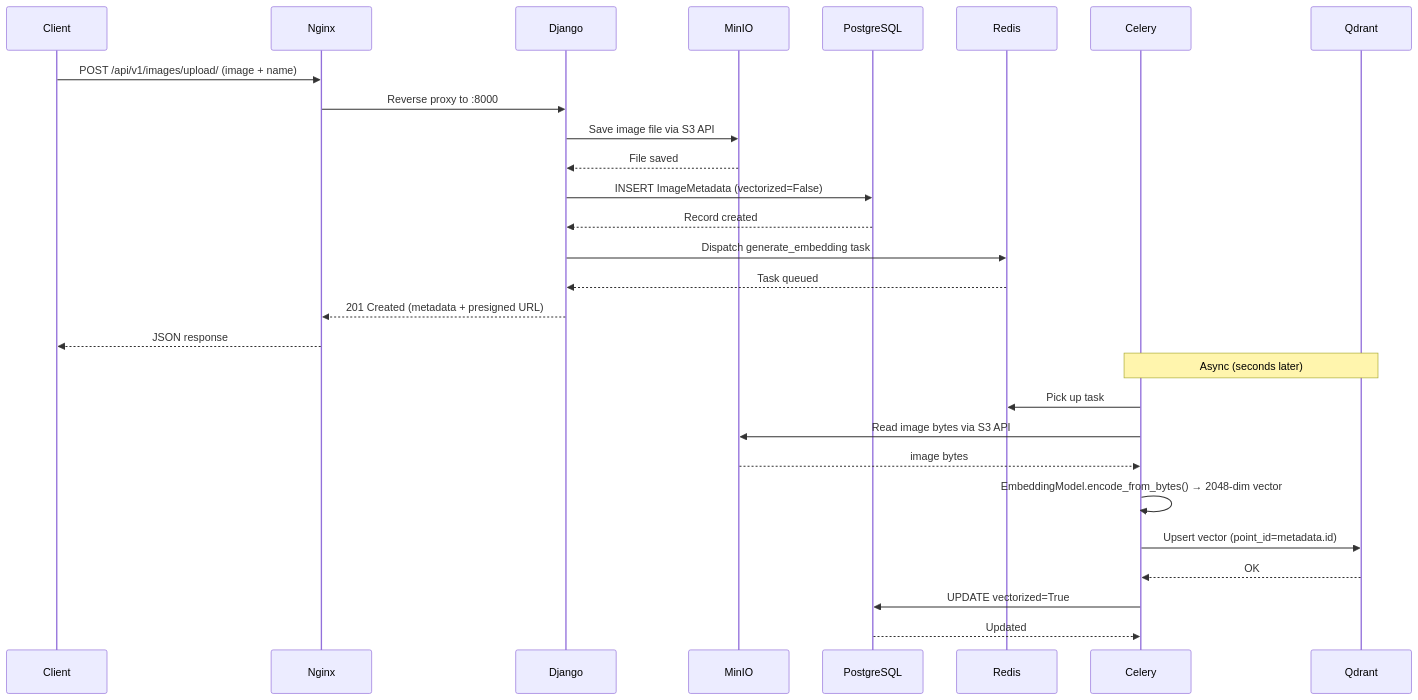
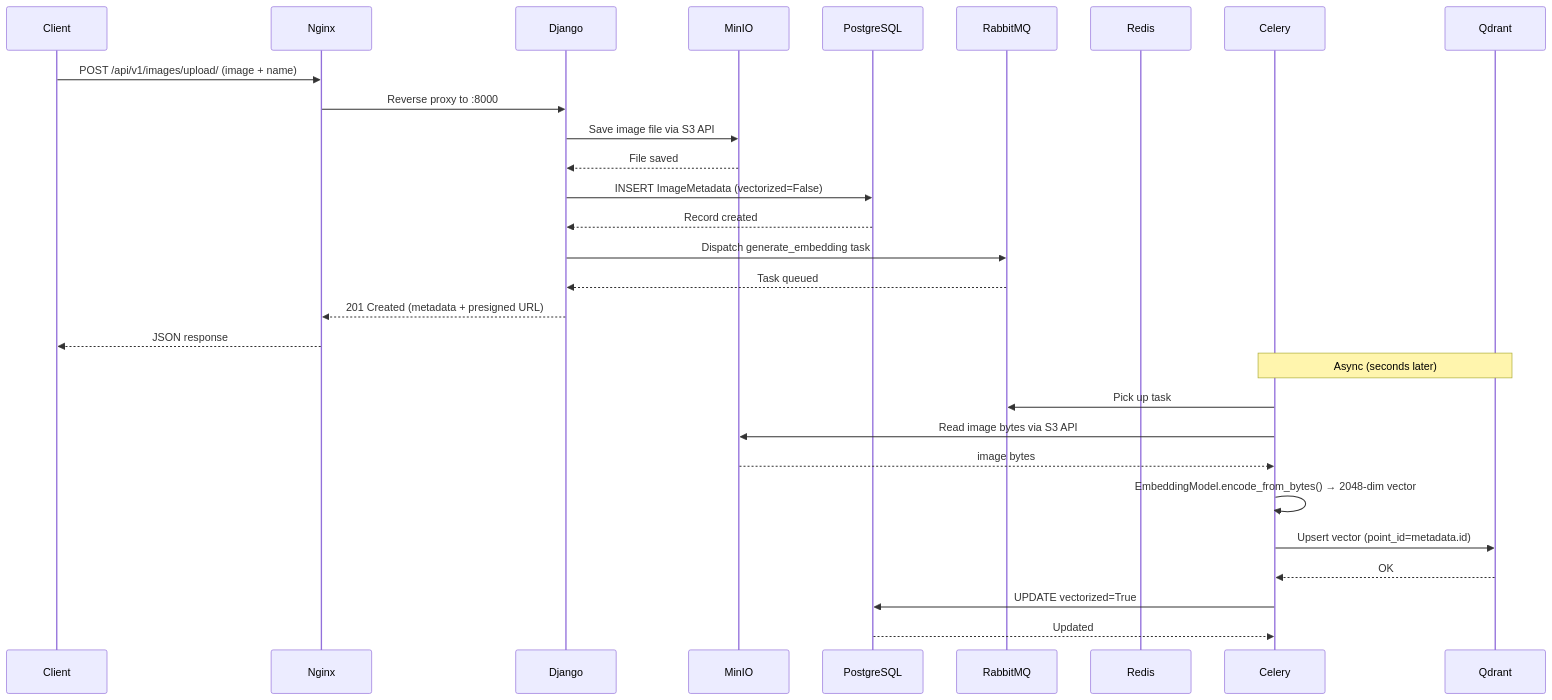
The second of 3 diagrams in ARCHITECTURE.md (ec2003/image-search-and-store), drawn with Mermaid before and after one commit. The commit also changed other lines of this file and 6 other files, not shown here.

Commit message:
feat: apply redis cache for django and rabbitmq for message broker

````diff
--- a/ARCHITECTURE.md
+++ b/ARCHITECTURE.md
@@ -90,32 +94,33 @@
 ```mermaid
 sequenceDiagram
     participant Client
     participant Nginx
     participant Django
     participant MinIO
     participant PostgreSQL
+    participant RabbitMQ
     participant Redis
     participant Celery
     participant Qdrant
 
     Client->>Nginx: POST /api/v1/images/upload/ (image + name)
     Nginx->>Django: Reverse proxy to :8000
     Django->>MinIO: Save image file via S3 API
     MinIO-->>Django: File saved
     Django->>PostgreSQL: INSERT ImageMetadata (vectorized=False)
     PostgreSQL-->>Django: Record created
-    Django->>Redis: Dispatch generate_embedding task
-    Redis-->>Django: Task queued
+    Django->>RabbitMQ: Dispatch generate_embedding task
+    RabbitMQ-->>Django: Task queued
     Django-->>Nginx: 201 Created (metadata + presigned URL)
     Nginx-->>Client: JSON response
 
     Note over Celery,Qdrant: Async (seconds later)
-    Celery->>Redis: Pick up task
+    Celery->>RabbitMQ: Pick up task
     Celery->>MinIO: Read image bytes via S3 API
     MinIO-->>Celery: image bytes
     Celery->>Celery: EmbeddingModel.encode_from_bytes() → 2048-dim vector
     Celery->>Qdrant: Upsert vector (point_id=metadata.id)
     Qdrant-->>Celery: OK
     Celery->>PostgreSQL: UPDATE vectorized=True
     PostgreSQL-->>Celery: Updated
 ```
````
